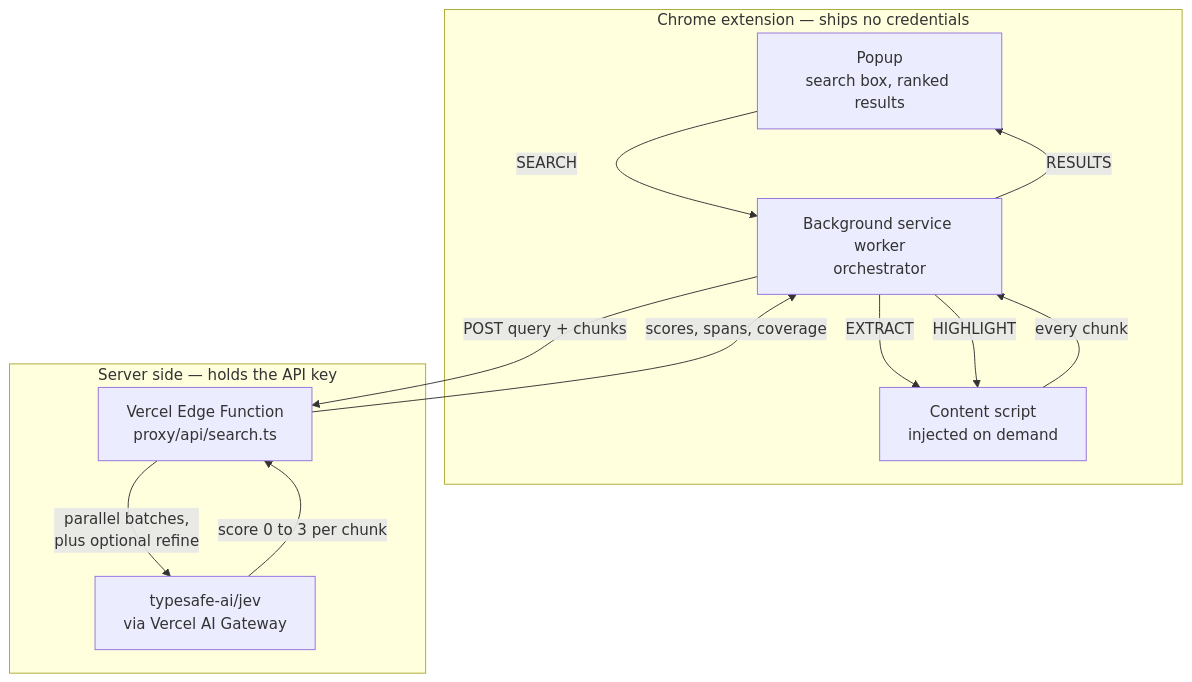
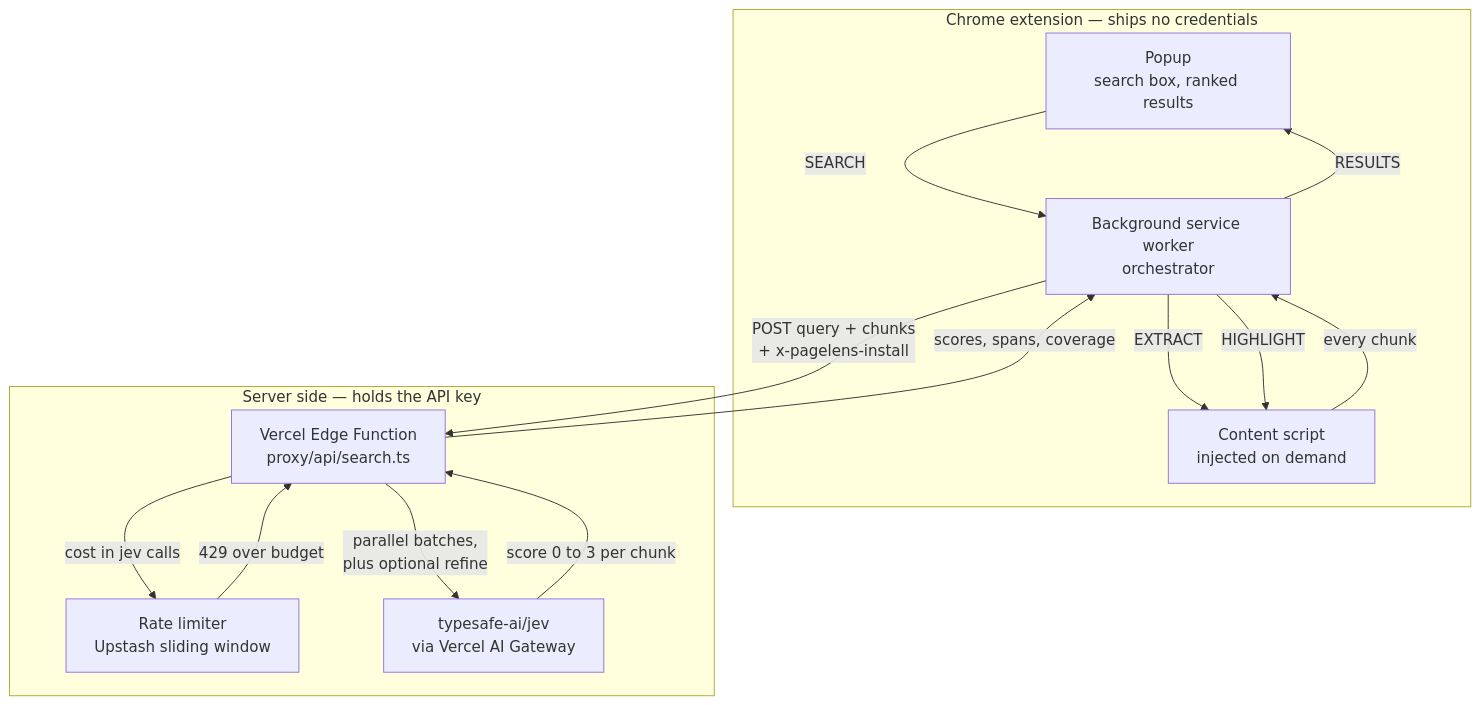
Before and after one commit to smit153/PageLens: the first of 6 diagrams in docs/ARCHITECTURE.md, drawn with Mermaid. The commit also changed other lines of this file and 3 other files, not shown here.

````diff
--- a/docs/ARCHITECTURE.md
+++ b/docs/ARCHITECTURE.md
@@ -16,21 +17,24 @@
 ```mermaid
 flowchart TD
     subgraph EXT["Chrome extension — ships no credentials"]
         P["Popup<br/>search box, ranked results"]
         B["Background service worker<br/>orchestrator"]
         C["Content script<br/>injected on demand"]
     end
     subgraph SRV["Server side — holds the API key"]
         X["Vercel Edge Function<br/>proxy/api/search.ts"]
+        L["Rate limiter<br/>Upstash sliding window"]
         J["typesafe-ai/jev<br/>via Vercel AI Gateway"]
     end
     P -->|"SEARCH"| B
     B -->|"EXTRACT"| C
     C -->|"every chunk"| B
-    B -->|"POST query + chunks"| X
+    B -->|"POST query + chunks<br/>+ x-pagelens-install"| X
+    X -->|"cost in jev calls"| L
+    L -->|"429 over budget"| X
     X -->|"parallel batches,<br/>plus optional refine"| J
     J -->|"score 0 to 3 per chunk"| X
     X -->|"scores, spans, coverage"| B
     B -->|"RESULTS"| P
     B -->|"HIGHLIGHT"| C
 ```
````
